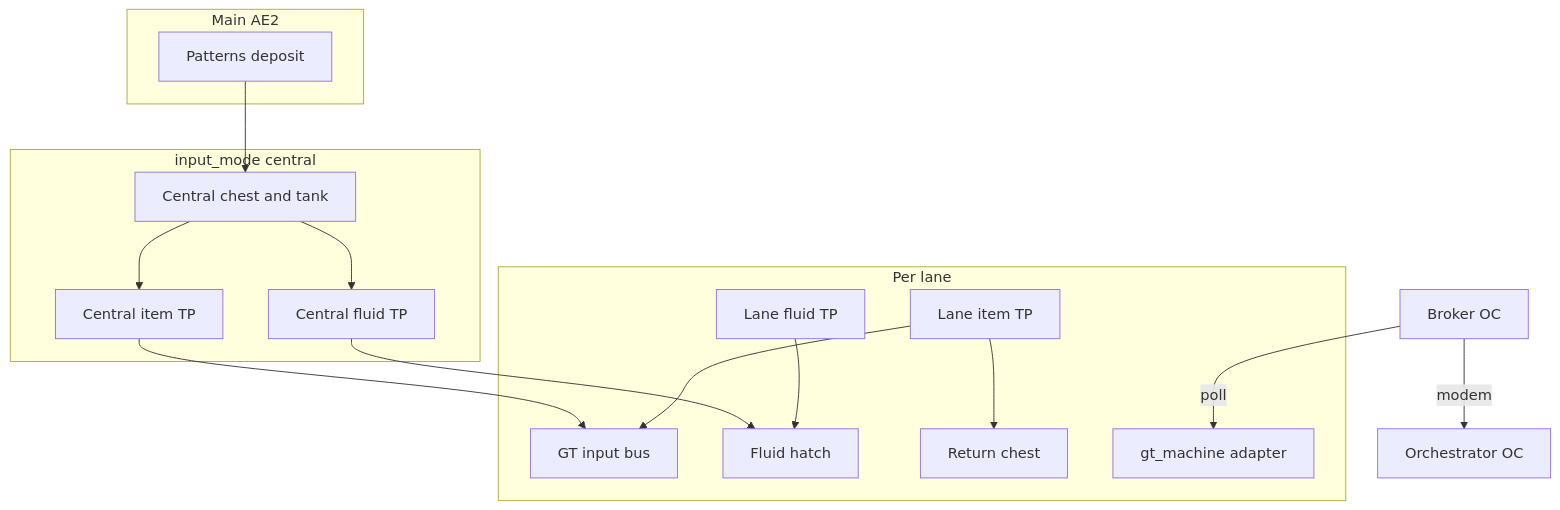
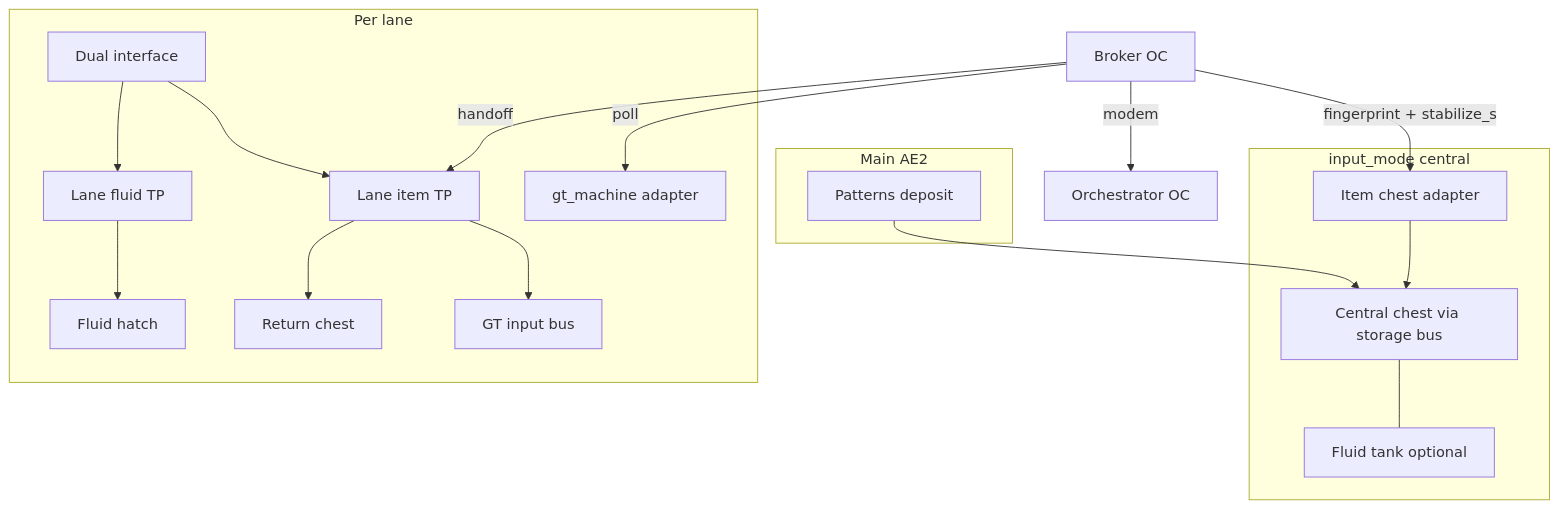
One commit to tjmeltesen/AutoOS changed the second of 2 diagrams in README.md. Above: the diagram before and after it, drawn with Mermaid. The commit also changed other lines of this file and 21 other files, not shown here.

Commit message:
final architecture change

````diff
--- a/README.md
+++ b/README.md
@@ -461,31 +461,34 @@
 ```mermaid
 flowchart TB
   subgraph mainNet [Main AE2]
     AE[Patterns deposit]
   end
   subgraph central [input_mode central]
-    CBuf[Central chest and tank]
-    CItemTP[Central item TP]
-    CFluidTP[Central fluid TP]
-    CBuf --> CItemTP
-    CBuf --> CFluidTP
+    CBuf[Central chest via storage bus]
+    CTank[Fluid tank optional]
+    CAdp[Item chest adapter]
+    CBuf --- CTank
+    CAdp --> CBuf
   end
   subgraph lane [Per lane]
+    DI[Dual interface]
     ItemTP[Lane item TP]
     FluidTP[Lane fluid TP]
     Bus[GT input bus]
     Hatch[Fluid hatch]
     Ret[Return chest]
     GT[gt_machine adapter]
+    DI --> ItemTP
+    DI --> FluidTP
     ItemTP --> Bus
     ItemTP --> Ret
     FluidTP --> Hatch
   end
   Broker[Broker OC]
   Orch[Orchestrator OC]
   AE --> CBuf
-  CItemTP --> Bus
-  CFluidTP --> Hatch
+  Broker -->|fingerprint + stabilize_s| CAdp
   Broker -->|poll| GT
+  Broker -->|handoff| ItemTP
   Broker -->|"modem"| Orch
 ```
````
